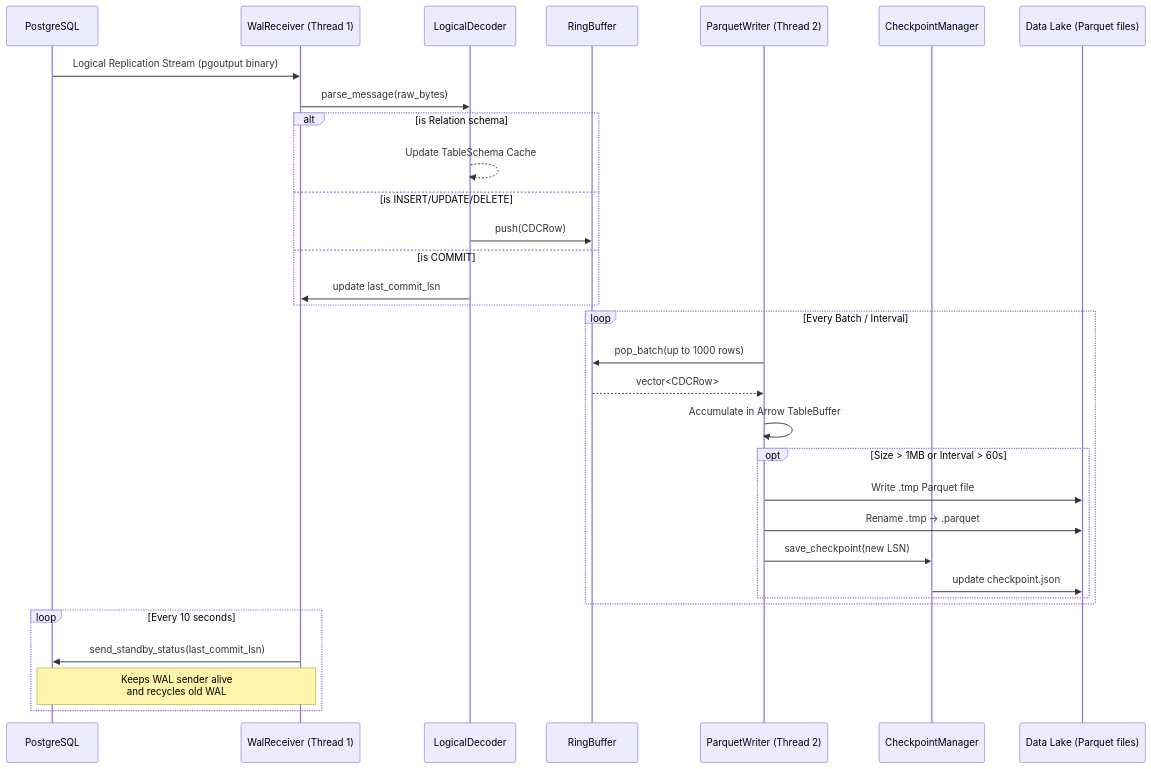
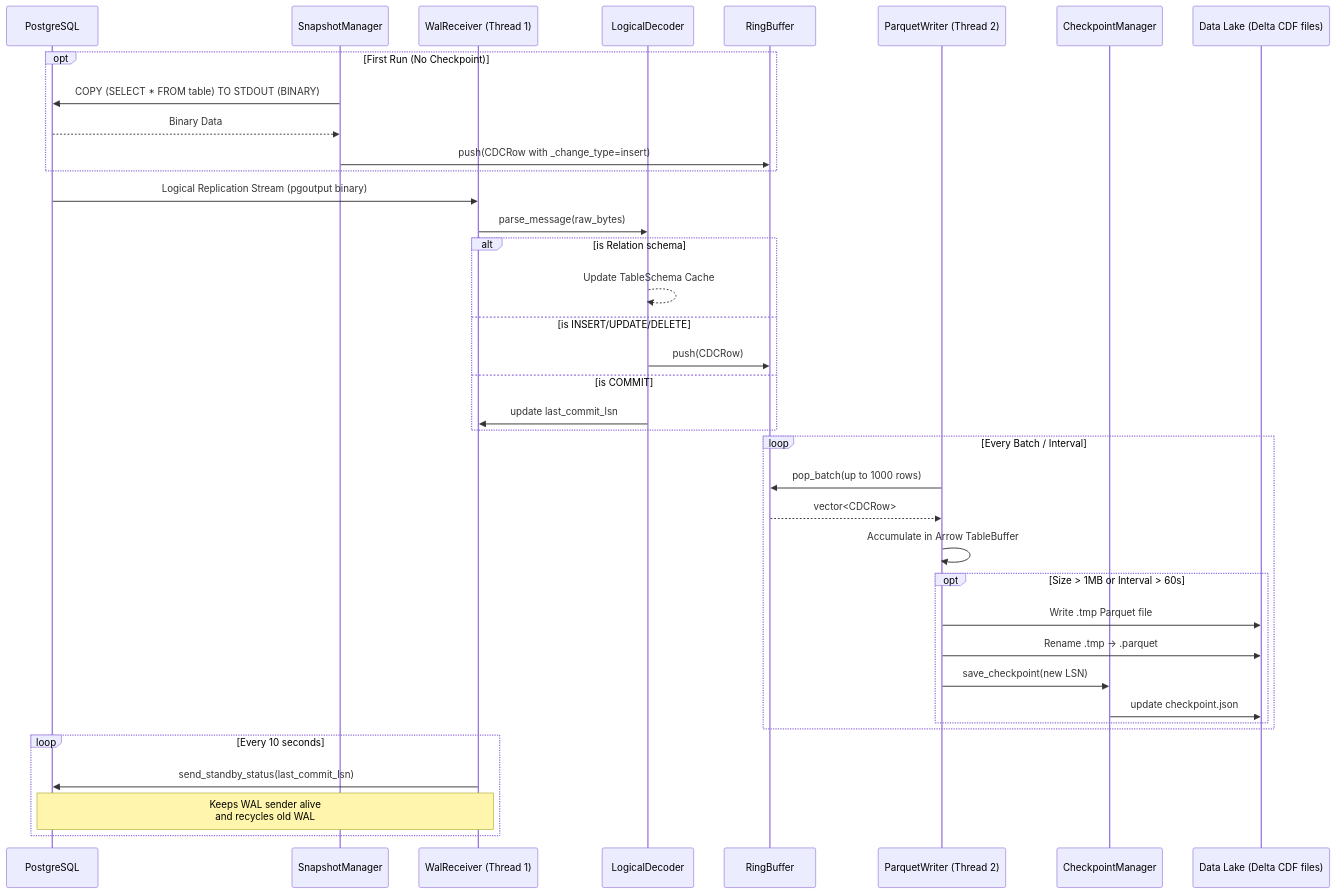
The third of 3 diagrams in DESIGN.md (rajeshkumarblr/pg_cdc_datalake), drawn with Mermaid before and after one commit. The commit also changed other lines of this file and 4 other files, not shown here.

Commit message:
Add Pytest regression suite for snapshot, cdf schema, and shutdown

````diff
--- a/DESIGN.md
+++ b/DESIGN.md
@@ -200,40 +217,47 @@
 ```mermaid
 sequenceDiagram
     participant PG as PostgreSQL
+    participant SM as SnapshotManager
     participant WR as WalReceiver (Thread 1)
     participant LD as LogicalDecoder
     participant RB as RingBuffer
     participant PW as ParquetWriter (Thread 2)
     participant CM as CheckpointManager
-    participant Disk as Data Lake (Parquet files)
+    participant Disk as Data Lake (Delta CDF files)
+
+    opt First Run (No Checkpoint)
+        SM->>PG: COPY (SELECT * FROM table) TO STDOUT (BINARY)
+        PG-->>SM: Binary Data
+        SM->>RB: push(CDCRow with _change_type=insert)
+    end
 
     PG->>WR: Logical Replication Stream (pgoutput binary)
     WR->>LD: parse_message(raw_bytes)
     
     alt is Relation schema
         LD-->>LD: Update TableSchema Cache
     else is INSERT/UPDATE/DELETE
         LD->>RB: push(CDCRow)
     else is COMMIT
         LD->>WR: update last_commit_lsn
     end
 
     loop Every Batch / Interval
         PW->>RB: pop_batch(up to 1000 rows)
         RB-->>PW: vector<CDCRow>
         
         PW->>PW: Accumulate in Arrow TableBuffer
         
         opt Size > 1MB or Interval > 60s
             PW->>Disk: Write .tmp Parquet file
             PW->>Disk: Rename .tmp -> .parquet
             PW->>CM: save_checkpoint(new LSN)
             CM->>Disk: update checkpoint.json
         end
     end
 
     loop Every 10 seconds
         WR->>PG: send_standby_status(last_commit_lsn)
         Note over WR,PG: Keeps WAL sender alive<br/>and recycles old WAL
     end
 ```
````
